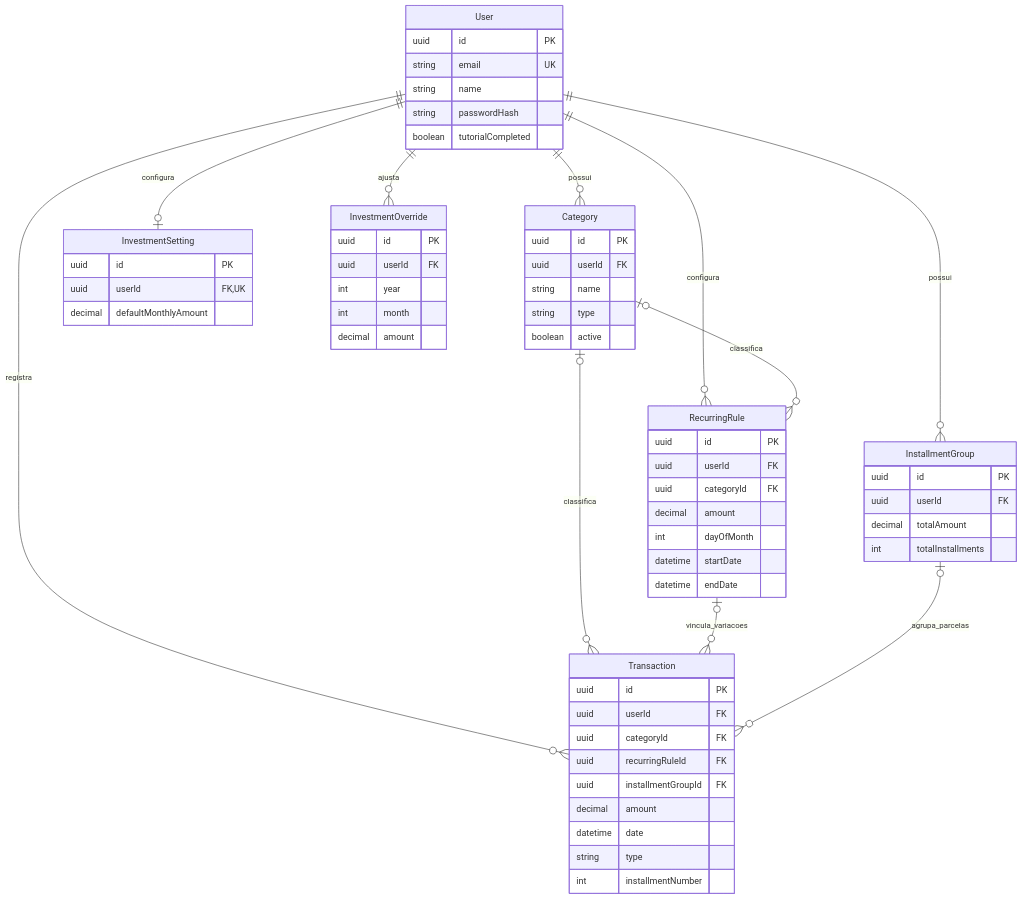
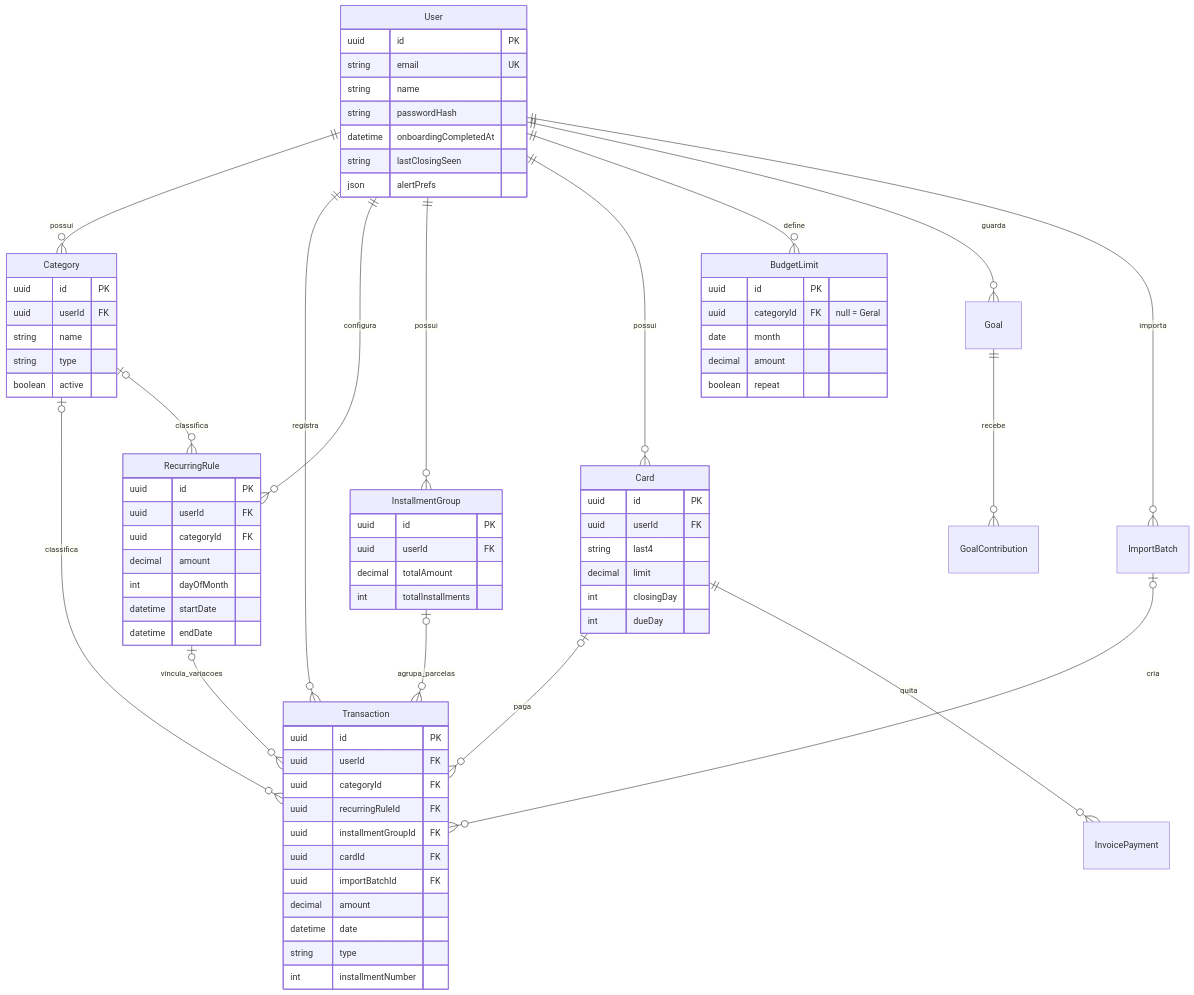
One commit to lukagouvea/fincontrol changed the third of 3 diagrams in backend/README.md. Above: the diagram before and after it, drawn with Mermaid. The commit also changed other lines of this file and 17 other files, not shown here.

````diff
--- a/backend/README.md
+++ b/backend/README.md
@@ -238,66 +251,79 @@
 ```mermaid
 erDiagram
     User ||--o{ Category : possui
     User ||--o{ Transaction : registra
     User ||--o{ RecurringRule : configura
     User ||--o{ InstallmentGroup : possui
-    User ||--o| InvestmentSetting : configura
-    User ||--o{ InvestmentOverride : ajusta
+    User ||--o{ Card : possui
+    User ||--o{ BudgetLimit : define
+    User ||--o{ Goal : guarda
+    User ||--o{ ImportBatch : importa
+    Card |o--o{ Transaction : paga
+    Card ||--o{ InvoicePayment : quita
+    Goal ||--o{ GoalContribution : recebe
+    ImportBatch |o--o{ Transaction : cria
     Category |o--o{ Transaction : classifica
     Category |o--o{ RecurringRule : classifica
     RecurringRule |o--o{ Transaction : vincula_variacoes
     InstallmentGroup |o--o{ Transaction : agrupa_parcelas
 
     User {
         uuid id PK
         string email UK
         string name
         string passwordHash
-        boolean tutorialCompleted
+        datetime onboardingCompletedAt
+        string lastClosingSeen
+        json alertPrefs
     }
     Category {
         uuid id PK
         uuid userId FK
         string name
         string type
         boolean active
     }
     Transaction {
         uuid id PK
         uuid userId FK
         uuid categoryId FK
         uuid recurringRuleId FK
         uuid installmentGroupId FK
+        uuid cardId FK
+        uuid importBatchId FK
         decimal amount
         datetime date
         string type
         int installmentNumber
     }
     RecurringRule {
         uuid id PK
         uuid userId FK
         uuid categoryId FK
         decimal amount
         int dayOfMonth
         datetime startDate
         datetime endDate
     }
     InstallmentGroup {
         uuid id PK
         uuid userId FK
         decimal totalAmount
         int totalInstallments
     }
-    InvestmentSetting {
-        uuid id PK
-        uuid userId FK,UK
-        decimal defaultMonthlyAmount
-    }
-    InvestmentOverride {
+    Card {
         uuid id PK
         uuid userId FK
-        int year
-        int month
+        string last4
+        decimal limit
+        int closingDay
+        int dueDay
+    }
+    BudgetLimit {
+        uuid id PK
+        uuid categoryId FK "null = Geral"
+        date month
         decimal amount
+        boolean repeat
     }
 ```
````
